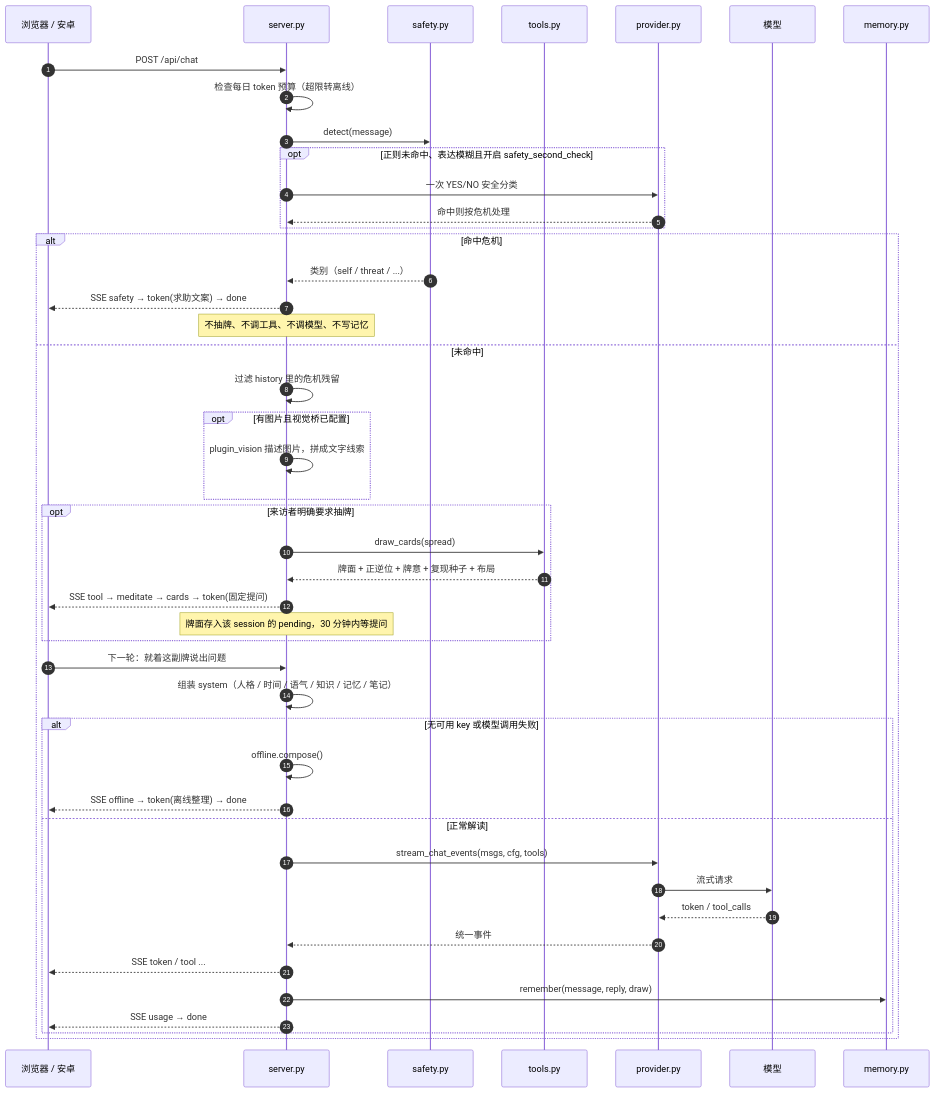
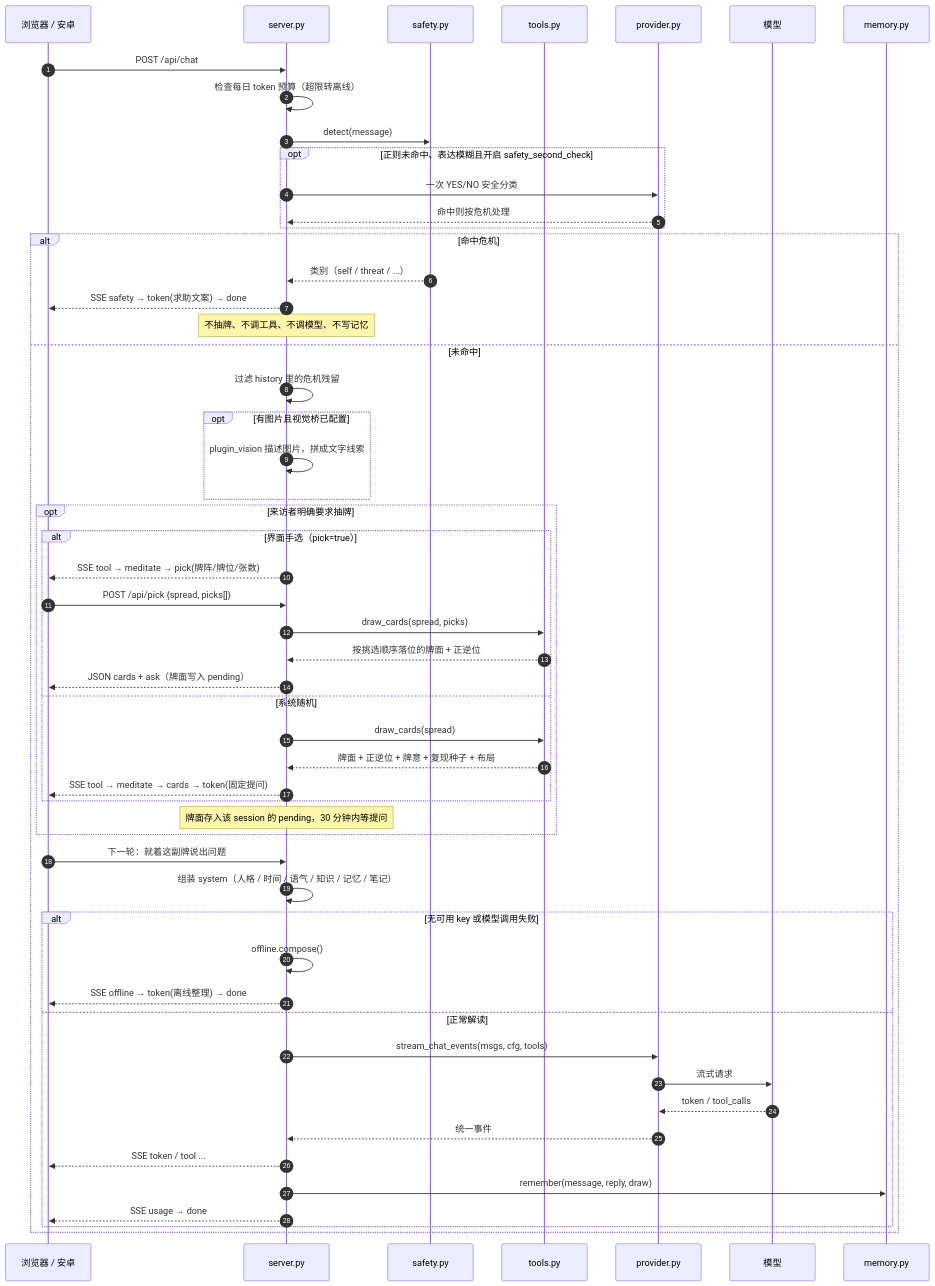
One commit to Him-Wang/tarot-counselor changed the second of 2 diagrams in docs/ARCHITECTURE.md. Above: the diagram before and after it, drawn with Mermaid. The commit also changed other lines of this file and 19 other files, not shown here.

````diff
--- a/docs/ARCHITECTURE.md
+++ b/docs/ARCHITECTURE.md
@@ -76,49 +76,57 @@
 ```mermaid
 sequenceDiagram
   autonumber
   participant C as 浏览器 / 安卓
   participant S as server.py
   participant G as safety.py
   participant T as tools.py
   participant P as provider.py
   participant L as 模型
   participant M as memory.py
 
   C->>S: POST /api/chat
   S->>S: 检查每日 token 预算（超限转离线）
   S->>G: detect(message)
   opt 正则未命中、表达模糊且开启 safety_second_check
     S->>P: 一次 YES/NO 安全分类
     P-->>S: 命中则按危机处理
   end
   alt 命中危机
     G-->>S: 类别（self / threat / ...）
     S-->>C: SSE safety → token(求助文案) → done
     Note over S: 不抽牌、不调工具、不调模型、不写记忆
   else 未命中
     S->>S: 过滤 history 里的危机残留
     opt 有图片且视觉桥已配置
       S->>S: plugin_vision 描述图片，拼成文字线索
     end
     opt 来访者明确要求抽牌
-      S->>T: draw_cards(spread)
-      T-->>S: 牌面 + 正逆位 + 牌意 + 复现种子 + 布局
-      S-->>C: SSE tool → meditate → cards → token(固定提问)
+      alt 界面手选（pick=true）
+        S-->>C: SSE tool → meditate → pick(牌阵/牌位/张数)
+        C->>S: POST /api/pick {spread, picks[]}
+        S->>T: draw_cards(spread, picks)
+        T-->>S: 按挑选顺序落位的牌面 + 正逆位
+        S-->>C: JSON cards + ask（牌面写入 pending）
+      else 系统随机
+        S->>T: draw_cards(spread)
+        T-->>S: 牌面 + 正逆位 + 牌意 + 复现种子 + 布局
+        S-->>C: SSE tool → meditate → cards → token(固定提问)
+      end
       Note over S: 牌面存入该 session 的 pending，30 分钟内等提问
     end
     C->>S: 下一轮：就着这副牌说出问题
     S->>S: 组装 system（人格 / 时间 / 语气 / 知识 / 记忆 / 笔记）
     alt 无可用 key 或模型调用失败
       S->>S: offline.compose()
       S-->>C: SSE offline → token(离线整理) → done
     else 正常解读
       S->>P: stream_chat_events(msgs, cfg, tools)
       P->>L: 流式请求
       L-->>P: token / tool_calls
       P-->>S: 统一事件
       S-->>C: SSE token / tool ...
       S->>M: remember(message, reply, draw)
       S-->>C: SSE usage → done
     end
   end
 ```
````
